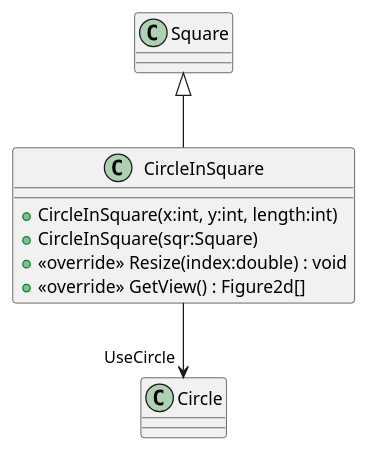
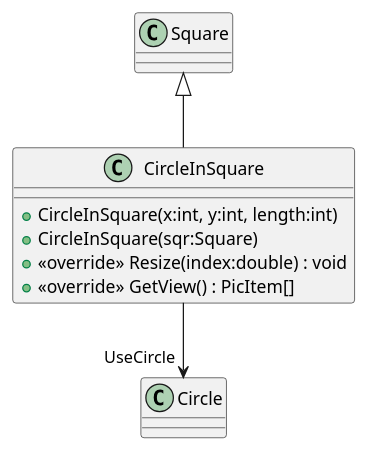
The diagram in plantuml/20240701_HW_Inheritence/CircleInSquare.puml (19vano97/levelUpOOP), drawn with PlantUML before and after one commit. The commit also changed 32 other files, not shown here.

```diff
--- a/plantuml/20240701_HW_Inheritence/CircleInSquare.puml
+++ b/plantuml/20240701_HW_Inheritence/CircleInSquare.puml
@@ -1,10 +1,10 @@
 @startuml
 class CircleInSquare {
     + CircleInSquare(x:int, y:int, length:int)
     + CircleInSquare(sqr:Square)
     + <<override>> Resize(index:double) : void
-    + <<override>> GetView() : Figure2d[]
+    + <<override>> GetView() : PicItem[]
 }
 Square <|-- CircleInSquare
 CircleInSquare --> "UseCircle" Circle
 @enduml
```
